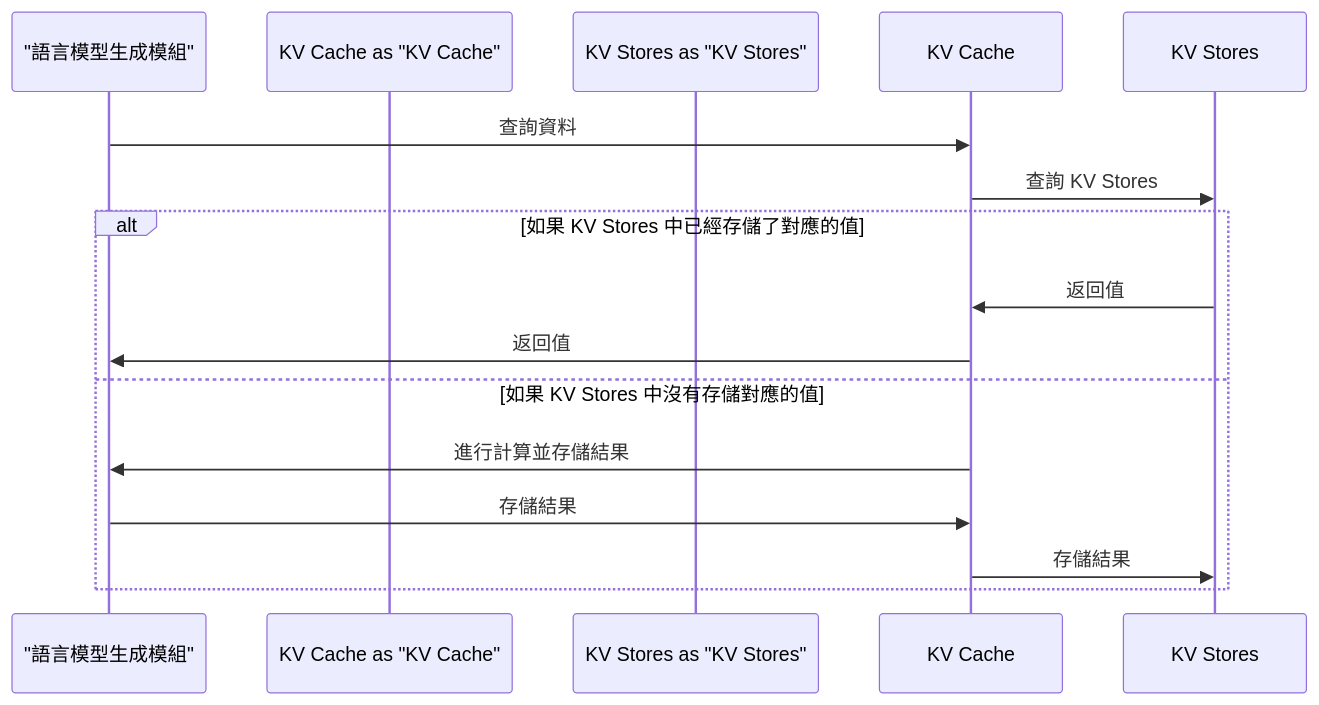
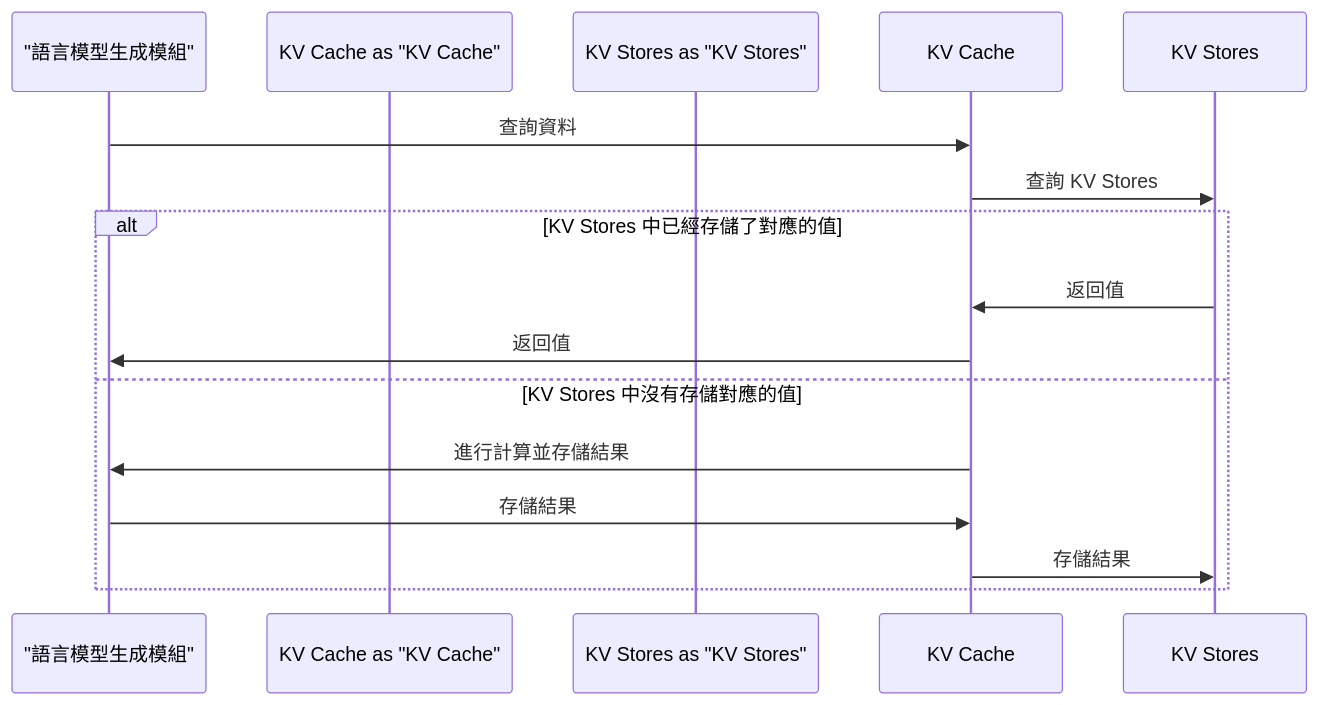
One commit to a920604a/engineernews changed the diagram in src/content/posts/tech/_2026-05-10--22kv-cache.md. Above: the diagram before and after it, drawn with Mermaid. The commit also changed 8 other files, not shown here.

Commit message:
fix: auto-fix mermaid syntax errors in posts

````diff
--- a/src/content/posts/tech/_2026-05-10--22kv-cache.md
+++ b/src/content/posts/tech/_2026-05-10--22kv-cache.md
@@ -32,17 +32,17 @@
 ```mermaid
 sequenceDiagram
     participant 生成模組 as "語言模型生成模組"
     participant KV Cache as "KV Cache"
     participant KV Stores as "KV Stores"
 
     生成模組->>KV Cache: 查詢資料
     KV Cache->>KV Stores: 查詢 KV Stores
-    alt 如果 KV Stores 中已經存儲了對應的值
+    alt KV Stores 中已經存儲了對應的值
         KV Stores->>KV Cache: 返回值
         KV Cache->>生成模組: 返回值
-    else 如果 KV Stores 中沒有存儲對應的值
+    else KV Stores 中沒有存儲對應的值
         KV Cache->>生成模組: 進行計算並存儲結果
         生成模組->>KV Cache: 存儲結果
         KV Cache->>KV Stores: 存儲結果
     end
 ```
````
